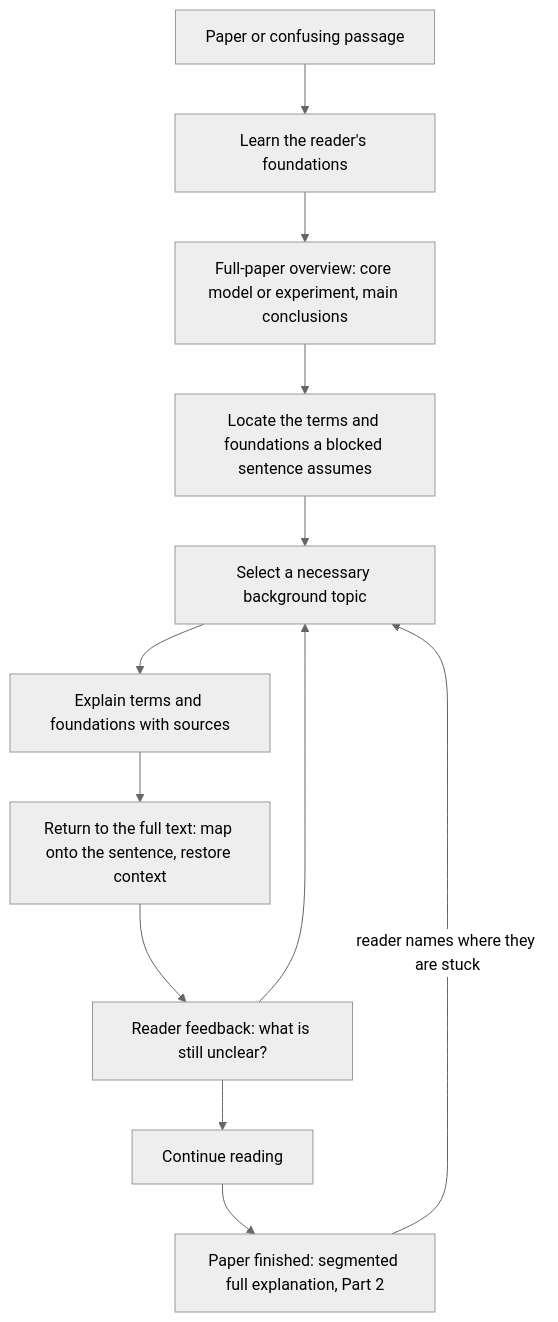
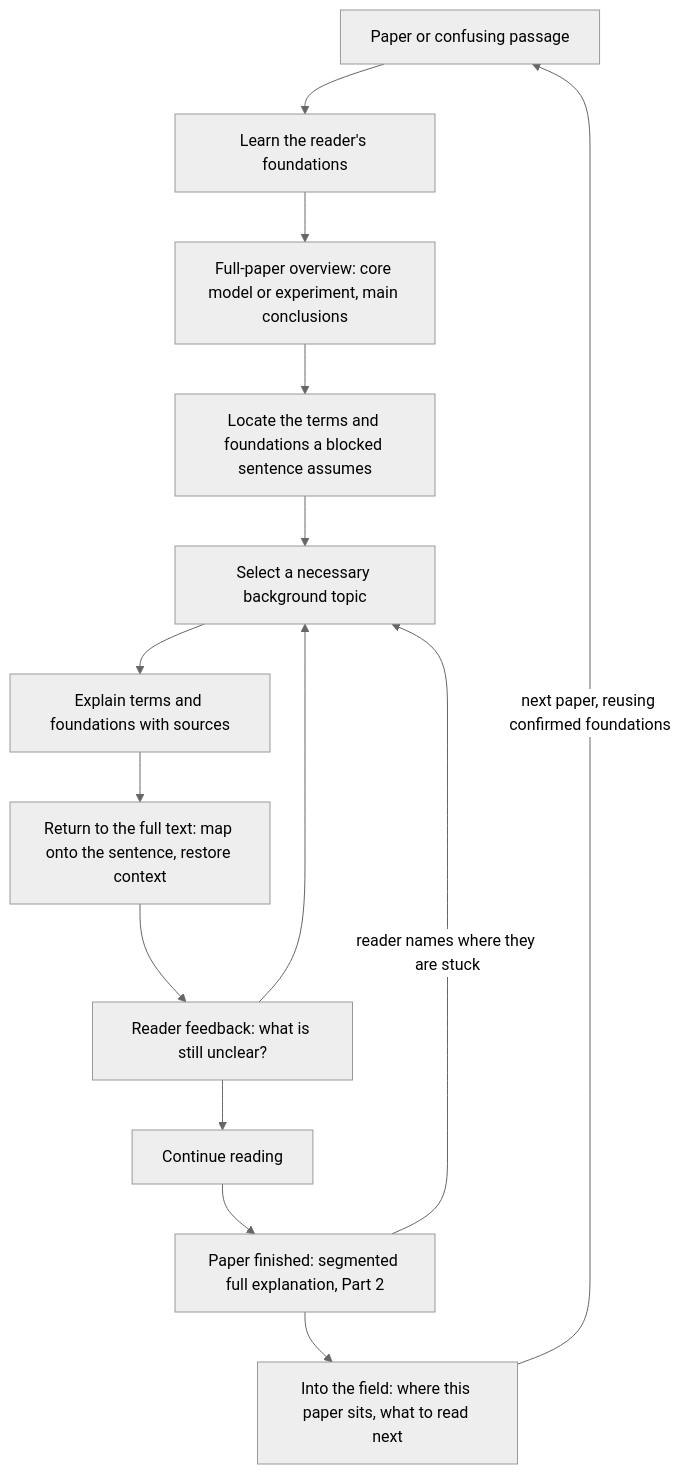
One commit to relativity143/an-agent-for-paper-reading changed the diagram in README.md. Above: the diagram before and after it, drawn with Mermaid (neutral theme). The commit also changed other lines of this file and 1 other file, not shown here.

First line of the commit message:
docs: help readers move from one paper into its field

````diff
--- a/README.md
+++ b/README.md
@@ -70,14 +78,16 @@
 ```mermaid
 flowchart TD
     A[Paper or confusing passage] --> C[Learn the reader's foundations]
     C --> O[Full-paper overview: core model or experiment, main conclusions]
     O --> B[Locate the terms and foundations a blocked sentence assumes]
     B --> D[Select a necessary background topic]
     D --> E[Explain terms and foundations with sources]
     E --> F[Return to the full text: map onto the sentence, restore context]
     F --> G[Reader feedback: what is still unclear?]
     G --> D
     G --> H[Continue reading]
     H --> P[Paper finished: segmented full explanation, Part 2]
     P -->|reader names where they are stuck| D
+    P --> Q[Into the field: where this paper sits, what to read next]
+    Q -->|next paper, reusing confirmed foundations| A
 ```
````
